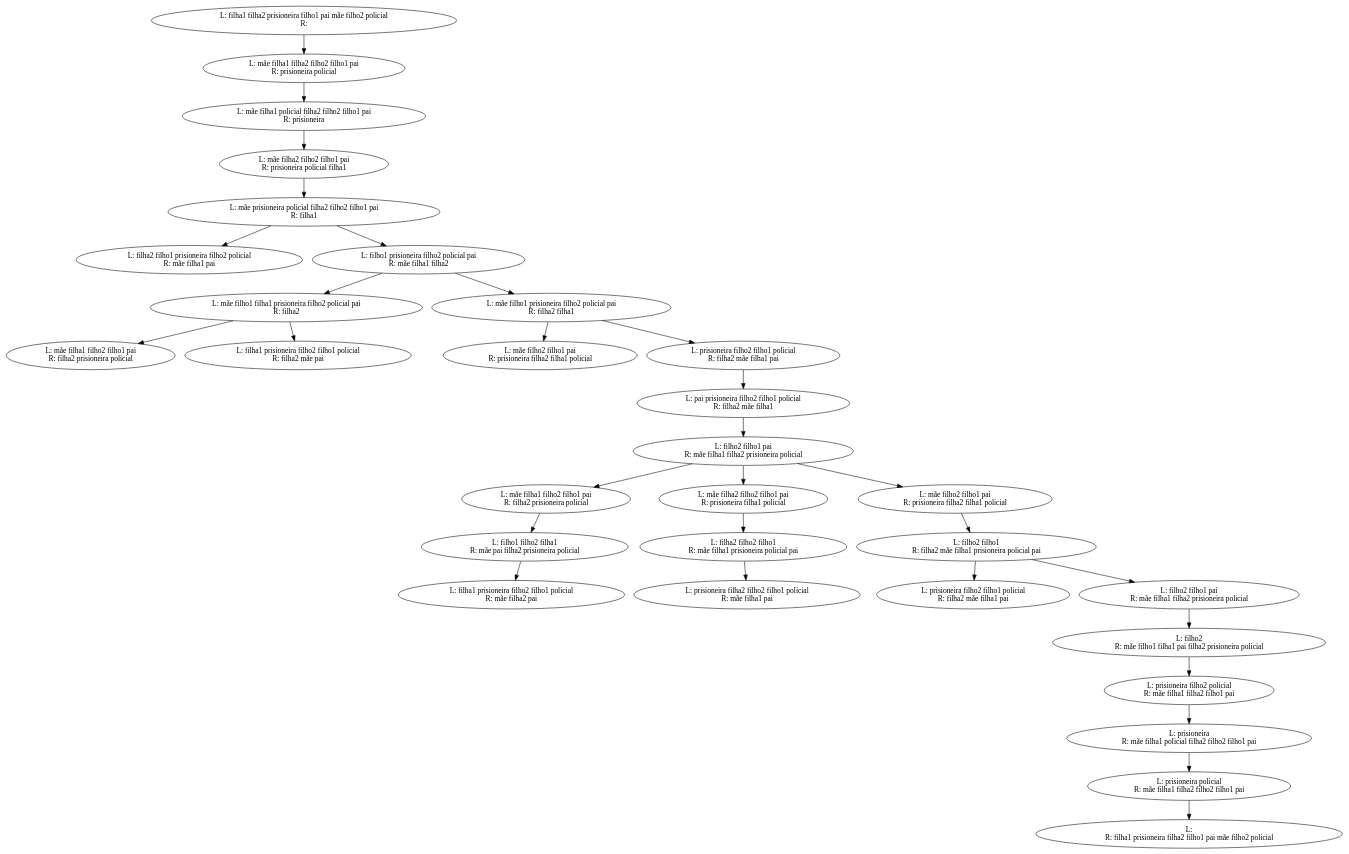
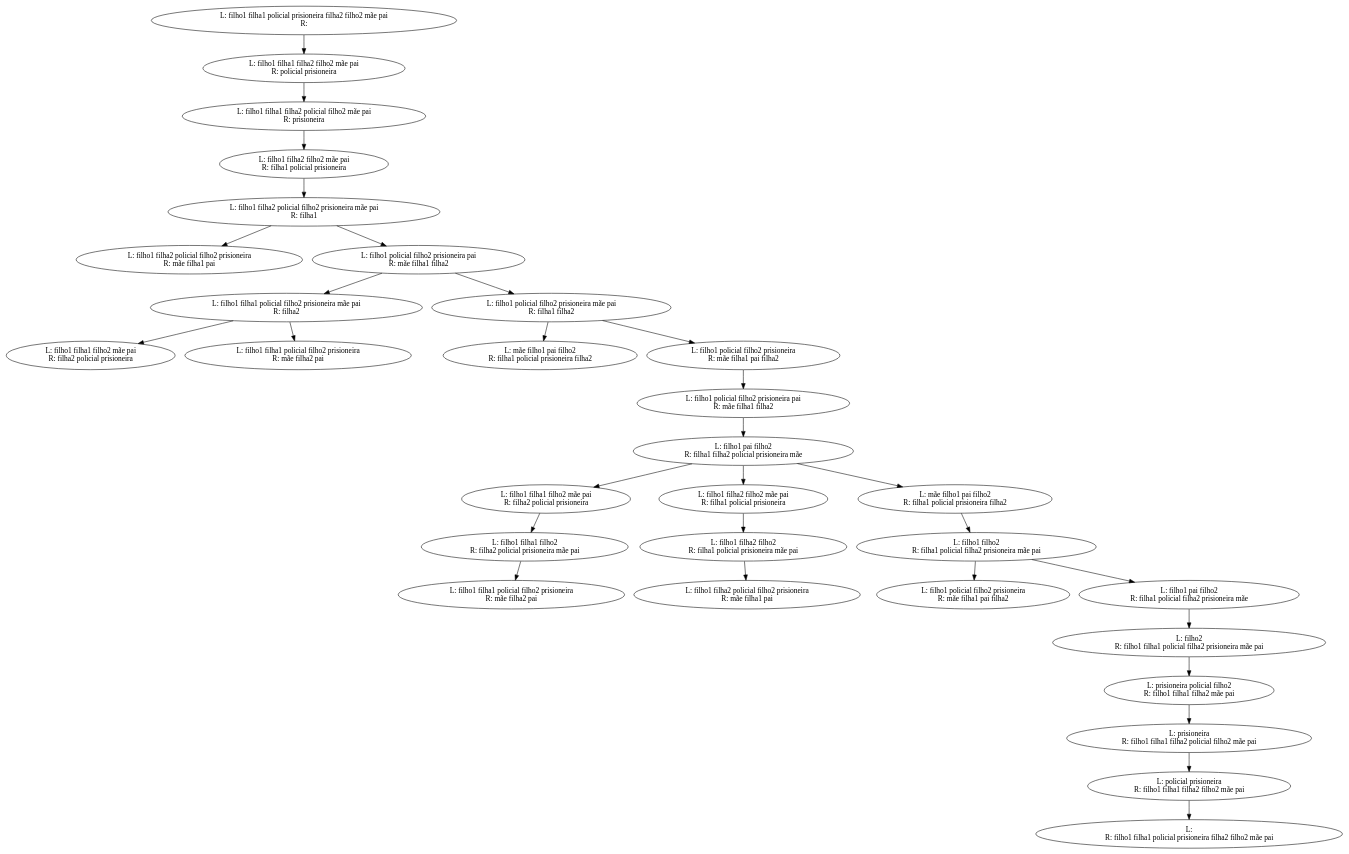
Before and after one commit to infingardi/Travessia-do-rio: the diagram in Trees/backtrackingTree.dot, drawn with Graphviz. The commit also changed 7 other files, not shown here.

```diff
--- a/Trees/backtrackingTree.dot
+++ b/Trees/backtrackingTree.dot
@@ -1,91 +1,91 @@
 digraph {
-0 [label="L: filha1 filha2 prisioneira filho1 pai mãe filho2 policial
+0 [label="L: filho1 filha1 policial prisioneira filha2 filho2 mãe pai
 R: "]
 0 -> 1
-1 [label="L: mãe filha1 filha2 filho2 filho1 pai
-R: prisioneira policial"]
+1 [label="L: filho1 filha1 filha2 filho2 mãe pai
+R: policial prisioneira"]
 1 -> 2
-2 [label="L: mãe filha1 policial filha2 filho2 filho1 pai
+2 [label="L: filho1 filha1 filha2 policial filho2 mãe pai
 R: prisioneira"]
 2 -> 3
-3 [label="L: mãe filha2 filho2 filho1 pai
-R: prisioneira policial filha1"]
+3 [label="L: filho1 filha2 filho2 mãe pai
+R: filha1 policial prisioneira"]
 3 -> 4
-4 [label="L: mãe prisioneira policial filha2 filho2 filho1 pai
+4 [label="L: filho1 filha2 policial filho2 prisioneira mãe pai
 R: filha1"]
 4 -> 5
-5 [label="L: filha2 filho1 prisioneira filho2 policial
+5 [label="L: filho1 filha2 policial filho2 prisioneira
 R: mãe filha1 pai"]
 4 -> 6
-6 [label="L: filho1 prisioneira filho2 policial pai
+6 [label="L: filho1 policial filho2 prisioneira pai
 R: mãe filha1 filha2"]
 6 -> 7
-7 [label="L: mãe filho1 filha1 prisioneira filho2 policial pai
+7 [label="L: filho1 filha1 policial filho2 prisioneira mãe pai
 R: filha2"]
 7 -> 8
-8 [label="L: mãe filha1 filho2 filho1 pai
-R: filha2 prisioneira policial"]
+8 [label="L: filho1 filha1 filho2 mãe pai
+R: filha2 policial prisioneira"]
 7 -> 9
-9 [label="L: filha1 prisioneira filho2 filho1 policial
-R: filha2 mãe pai"]
+9 [label="L: filho1 filha1 policial filho2 prisioneira
+R: mãe filha2 pai"]
 6 -> 10
-10 [label="L: mãe filho1 prisioneira filho2 policial pai
-R: filha2 filha1"]
+10 [label="L: filho1 policial filho2 prisioneira mãe pai
+R: filha1 filha2"]
 10 -> 11
-11 [label="L: mãe filho2 filho1 pai
-R: prisioneira filha2 filha1 policial"]
+11 [label="L: mãe filho1 pai filho2
+R: filha1 policial prisioneira filha2"]
 10 -> 12
-12 [label="L: prisioneira filho2 filho1 policial
-R: filha2 mãe filha1 pai"]
+12 [label="L: filho1 policial filho2 prisioneira
+R: mãe filha1 pai filha2"]
 12 -> 13
-13 [label="L: pai prisioneira filho2 filho1 policial
-R: filha2 mãe filha1"]
+13 [label="L: filho1 policial filho2 prisioneira pai
+R: mãe filha1 filha2"]
 13 -> 14
-14 [label="L: filho2 filho1 pai
-R: mãe filha1 filha2 prisioneira policial"]
+14 [label="L: filho1 pai filho2
+R: filha1 filha2 policial prisioneira mãe"]
 14 -> 15
-15 [label="L: mãe filha1 filho2 filho1 pai
-R: filha2 prisioneira policial"]
+15 [label="L: filho1 filha1 filho2 mãe pai
+R: filha2 policial prisioneira"]
 15 -> 16
-16 [label="L: filho1 filho2 filha1
-R: mãe pai filha2 prisioneira policial"]
+16 [label="L: filho1 filha1 filho2
+R: filha2 policial prisioneira mãe pai"]
 16 -> 17
-17 [label="L: filha1 prisioneira filho2 filho1 policial
+17 [label="L: filho1 filha1 policial filho2 prisioneira
 R: mãe filha2 pai"]
 14 -> 18
-18 [label="L: mãe filha2 filho2 filho1 pai
-R: prisioneira filha1 policial"]
+18 [label="L: filho1 filha2 filho2 mãe pai
+R: filha1 policial prisioneira"]
 18 -> 19
-19 [label="L: filha2 filho2 filho1
-R: mãe filha1 prisioneira policial pai"]
+19 [label="L: filho1 filha2 filho2
+R: filha1 policial prisioneira mãe pai"]
 19 -> 20
-20 [label="L: prisioneira filha2 filho2 filho1 policial
+20 [label="L: filho1 filha2 policial filho2 prisioneira
 R: mãe filha1 pai"]
 14 -> 21
-21 [label="L: mãe filho2 filho1 pai
-R: prisioneira filha2 filha1 policial"]
+21 [label="L: mãe filho1 pai filho2
+R: filha1 policial prisioneira filha2"]
 21 -> 22
-22 [label="L: filho2 filho1
-R: filha2 mãe filha1 prisioneira policial pai"]
+22 [label="L: filho1 filho2
+R: filha1 policial filha2 prisioneira mãe pai"]
 22 -> 23
-23 [label="L: prisioneira filho2 filho1 policial
-R: filha2 mãe filha1 pai"]
+23 [label="L: filho1 policial filho2 prisioneira
+R: mãe filha1 pai filha2"]
 22 -> 24
-24 [label="L: filho2 filho1 pai
-R: mãe filha1 filha2 prisioneira policial"]
+24 [label="L: filho1 pai filho2
+R: filha1 policial filha2 prisioneira mãe"]
 24 -> 25
 25 [label="L: filho2
-R: mãe filho1 filha1 pai filha2 prisioneira policial"]
+R: filho1 filha1 policial filha2 prisioneira mãe pai"]
 25 -> 26
-26 [label="L: prisioneira filho2 policial
-R: mãe filha1 filha2 filho1 pai"]
+26 [label="L: prisioneira policial filho2
+R: filho1 filha1 filha2 mãe pai"]
 26 -> 27
 27 [label="L: prisioneira
-R: mãe filha1 policial filha2 filho2 filho1 pai"]
+R: filho1 filha1 filha2 policial filho2 mãe pai"]
 27 -> 28
-28 [label="L: prisioneira policial
-R: mãe filha1 filha2 filho2 filho1 pai"]
+28 [label="L: policial prisioneira
+R: filho1 filha1 filha2 filho2 mãe pai"]
 28 -> 29
 29 [label="L: 
-R: filha1 prisioneira filha2 filho1 pai mãe filho2 policial"]
+R: filho1 filha1 policial prisioneira filha2 filho2 mãe pai"]
 }
```
